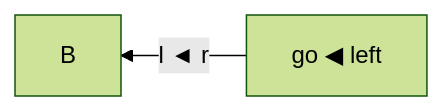
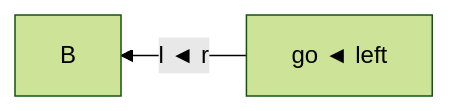
The seventh of 13 diagrams in packages/lovely-mermaid/test/cases/flowchart/regressions.md (xl0/lovely-mermaid), drawn with Mermaid (forest theme) before and after one commit. The commit also changed other lines of this file and 6 other files, not shown here.

````diff
--- a/packages/lovely-mermaid/test/cases/flowchart/regressions.md
+++ b/packages/lovely-mermaid/test/cases/flowchart/regressions.md
@@ -112,4 +112,4 @@
 ```mermaid
 flowchart RL
-  A[go ◀ left] -->|l ◄ r| B
+  A[go ◄ left] -->|l ◄ r| B
 ```
````
